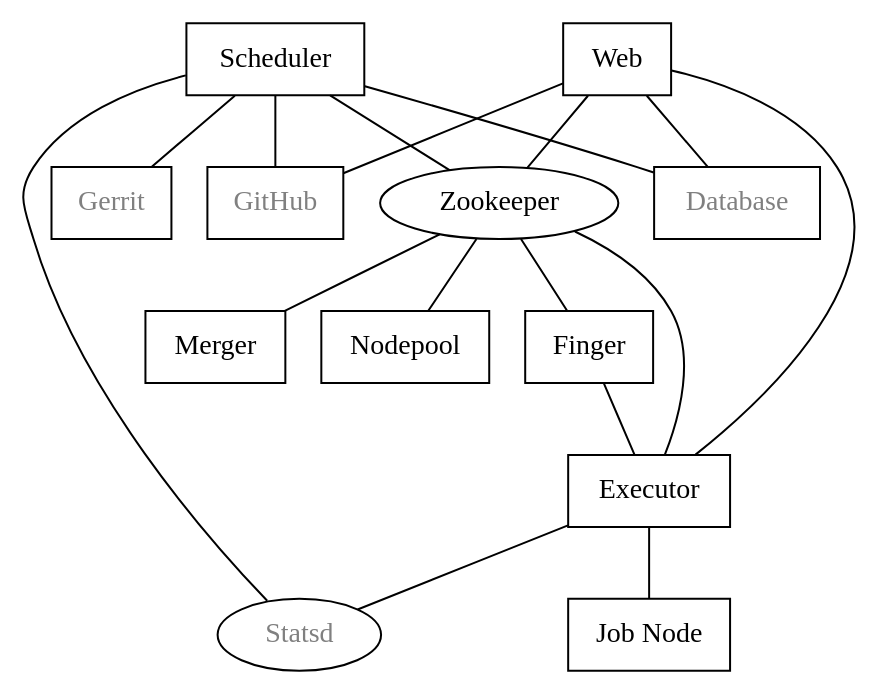
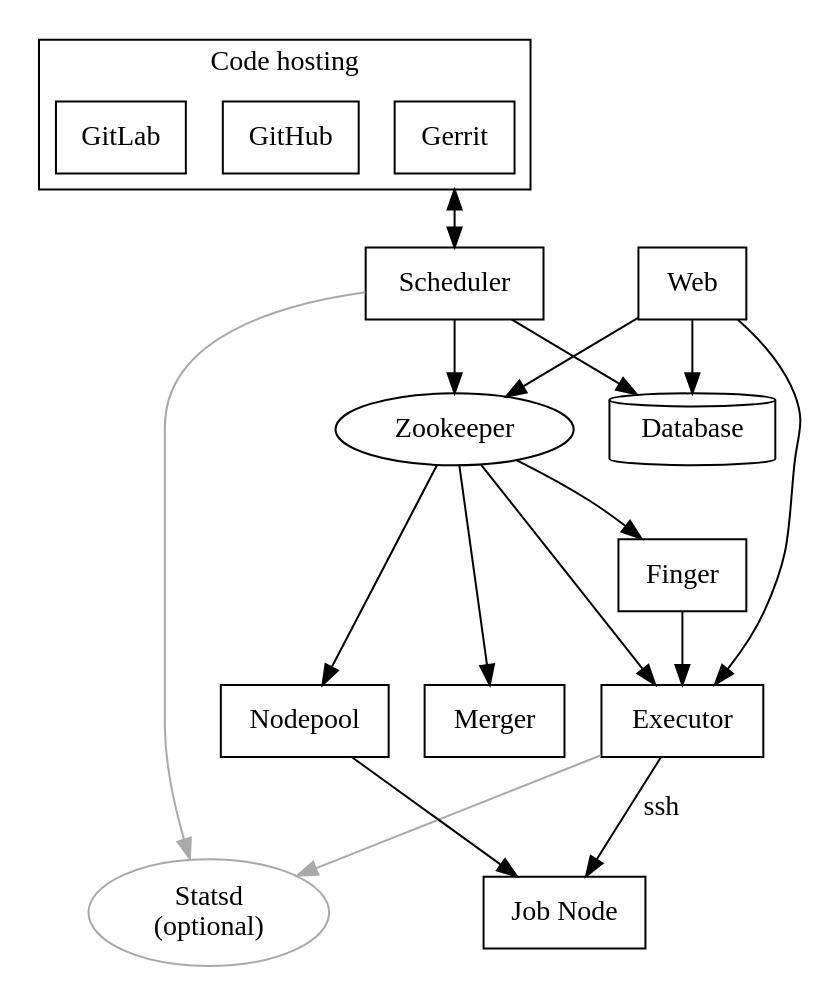
Before and after one commit to opentelekomcloud-infra/zuul: the diagram in doc/source/components.dot, drawn with Graphviz.

Commit message:
doc: enhance architecture graph

```diff
--- a/doc/source/components.dot
+++ b/doc/source/components.dot
@@ -1,33 +1,42 @@
 // dot -Tpng -ocomponents.png components.dot
-graph  {
+digraph {
+  compound=true;
   node [shape=box]
-  Database [fontcolor=grey]
-  Executor [href="#executor"]
+  Database [shape=cylinder]
   Finger [href="#finger-gateway"]
-  Gerrit [fontcolor=grey]
-  Merger [href="#merger"]
-  Statsd [shape=ellipse fontcolor=grey]
+  Statsd [shape=ellipse color=darkgrey label="Statsd\n(optional)"]
   Scheduler [href="#scheduler"]
   Zookeeper [shape=ellipse]
-  Nodepool
-  GitHub [fontcolor=grey]
+  {
+    rank=same;
+    Executor [href="#executor"]
+    Merger [href="#merger"]
+    Nodepool
+  }
+
+  Gerrit -> Scheduler [ltail=CodeHosting dir=both];
   Web [href="#web-server"]
+  Web -> Database
+  Web -> Zookeeper
+  Web -> Executor
+  Finger -> Executor
+  Executor -> Statsd [color=darkgrey]
+  Executor -> "Job Node" [label=ssh]
+  Nodepool -> "Job Node"
 
-  Executor -- Statsd
-  Executor -- "Job Node"
-  Web -- Database
-  Web -- GitHub
-  Web -- Zookeeper
-  Web -- Executor
-  Finger -- Executor
+  Scheduler -> Database;
+  Scheduler -> Zookeeper;
+  Scheduler -> Statsd [color=darkgrey];
+  Zookeeper -> Finger;
+  Zookeeper -> Merger
+  Zookeeper -> Executor;
+  Zookeeper -> Nodepool;
 
-  Scheduler -- Database;
-  Scheduler -- Gerrit;
-  Scheduler -- Zookeeper;
-  Zookeeper -- Executor;
-  Zookeeper -- Finger;
-  Zookeeper -- Merger
-  Zookeeper -- Nodepool;
-  Scheduler -- GitHub;
-  Scheduler -- Statsd;
+  subgraph CodeHosting {
+    cluster=true;
+    label="Code hosting";
+    Gerrit;
+    GitHub;
+    GitLab;
+  }
 }
```
